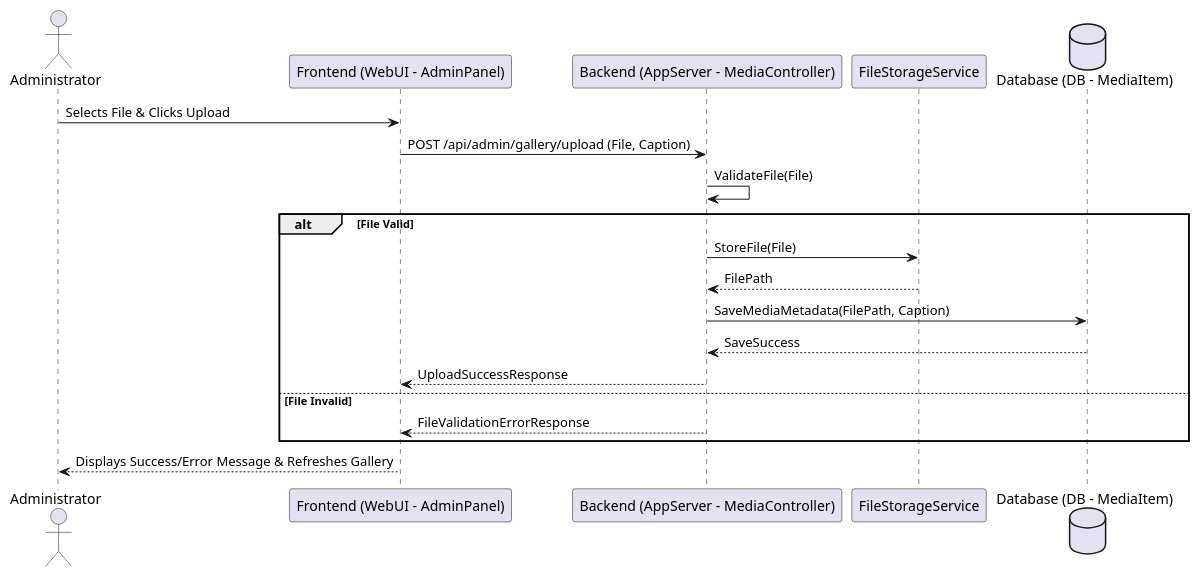
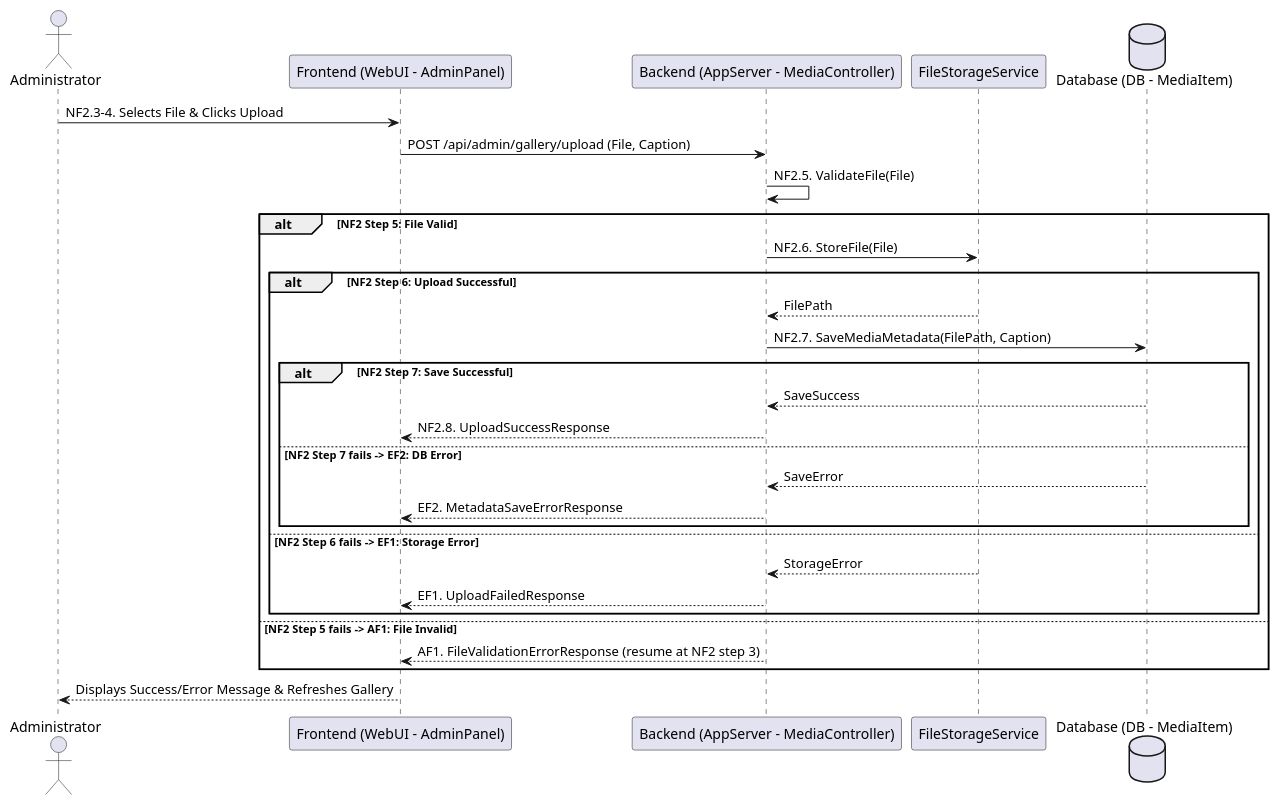
Before and after one commit to 7azmi/Al-Muneer-Portal: diagram 16 of 36 in Academic version/appendix: SRS.md, drawn with PlantUML. The commit also changed other lines of this file and 10 other files, not shown here.

````diff
--- a/Academic version/appendix: SRS.md
+++ b/Academic version/appendix: SRS.md
@@ -840,23 +901,33 @@
 ```plantuml
 @startuml
 actor Administrator as Admin
 participant "Frontend (WebUI - AdminPanel)" as UI
 participant "Backend (AppServer - MediaController)" as App
 participant "FileStorageService" as Storage
 database "Database (DB - MediaItem)" as DB
 
-Admin -> UI : Selects File & Clicks Upload
+Admin -> UI : NF2.3-4. Selects File & Clicks Upload
 UI -> App : POST /api/admin/gallery/upload (File, Caption)
-App -> App : ValidateFile(File)
-alt File Valid
-  App -> Storage : StoreFile(File)
-  Storage --> App : FilePath
-  App -> DB : SaveMediaMetadata(FilePath, Caption)
-  DB --> App : SaveSuccess
-  App --> UI : UploadSuccessResponse
-else File Invalid
-  App --> UI : FileValidationErrorResponse
+App -> App : NF2.5. ValidateFile(File)
+alt NF2 Step 5: File Valid
+  App -> Storage : NF2.6. StoreFile(File)
+  alt NF2 Step 6: Upload Successful
+    Storage --> App : FilePath
+    App -> DB : NF2.7. SaveMediaMetadata(FilePath, Caption)
+    alt NF2 Step 7: Save Successful
+      DB --> App : SaveSuccess
+      App --> UI : NF2.8. UploadSuccessResponse
+    else NF2 Step 7 fails -> EF2: DB Error
+      DB --> App : SaveError
+      App --> UI : EF2. MetadataSaveErrorResponse
+    end
+  else NF2 Step 6 fails -> EF1: Storage Error
+    Storage --> App : StorageError
+    App --> UI : EF1. UploadFailedResponse
+  end
+else NF2 Step 5 fails -> AF1: File Invalid
+  App --> UI : AF1. FileValidationErrorResponse (resume at NF2 step 3)
 end
 UI --> Admin : Displays Success/Error Message & Refreshes Gallery
 @enduml
 ```
````
